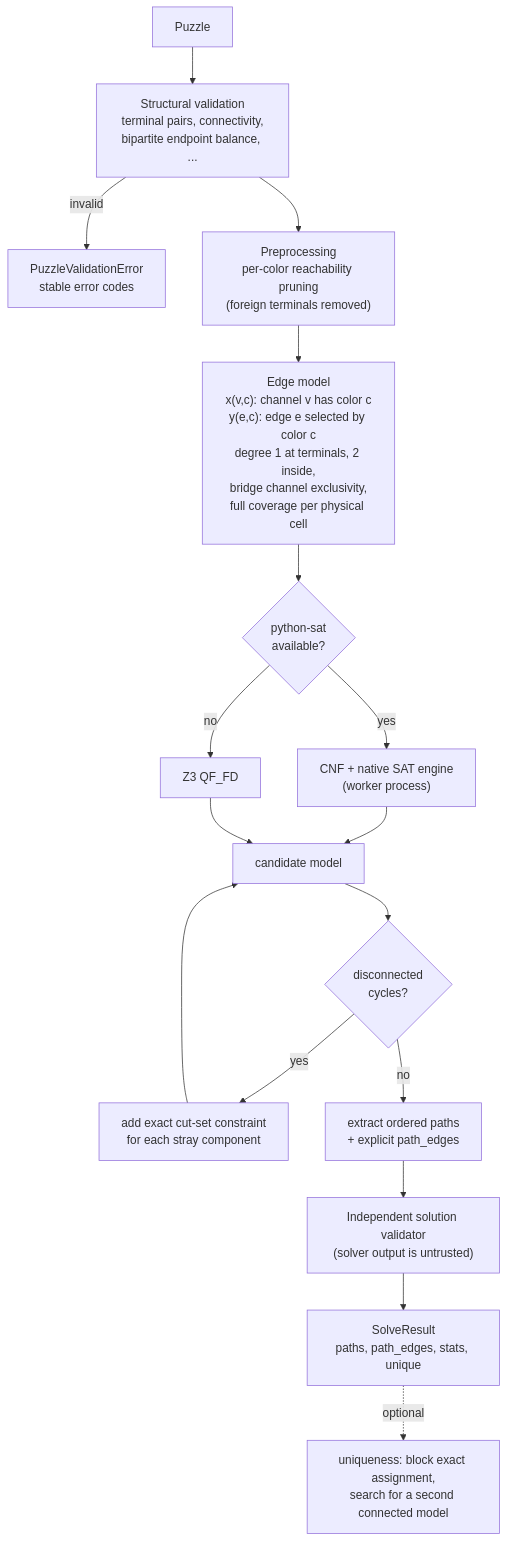
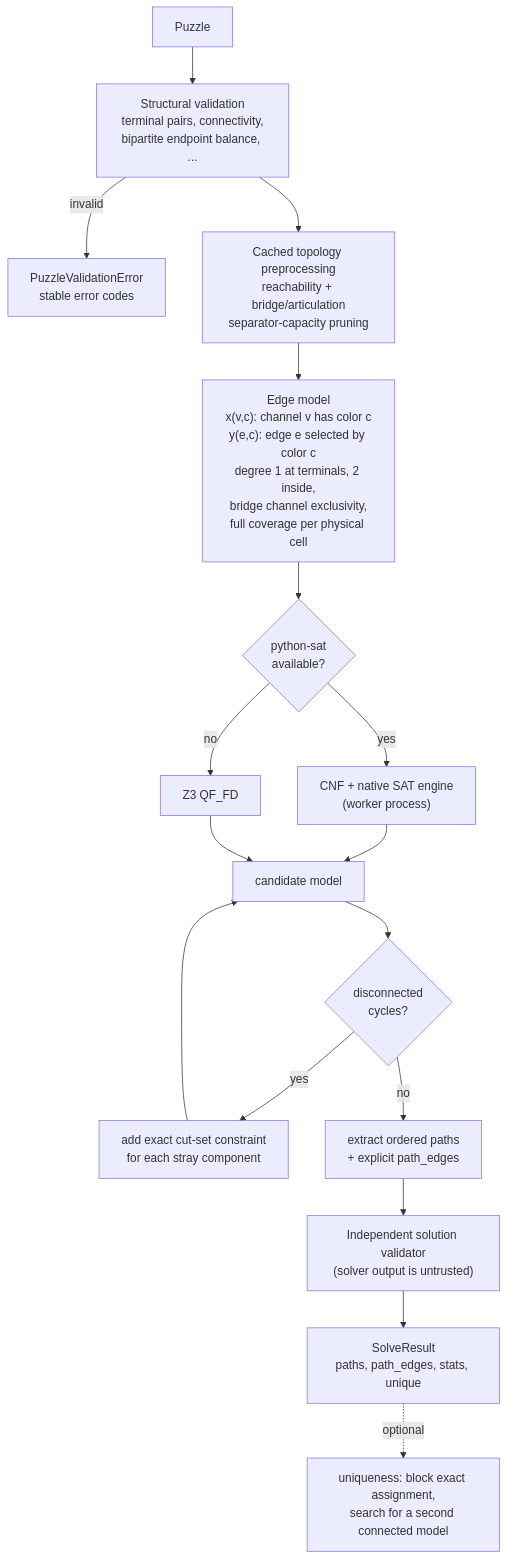
Before and after one commit to ksavill/universal-flow-game-solver: the fourth of 8 diagrams in docs/ARCHITECTURE.md, drawn with Mermaid. The commit also changed other lines of this file and 45 other files, not shown here.

First line of the commit message:
feat: complete production readiness and solver roadmap

````diff
--- a/docs/ARCHITECTURE.md
+++ b/docs/ARCHITECTURE.md
@@ -121,18 +121,18 @@
 ```mermaid
 flowchart TB
     IN[Puzzle] --> SV["Structural validation<br/>terminal pairs, connectivity,<br/>bipartite endpoint balance, ..."]
     SV -->|invalid| ERR[PuzzleValidationError<br/>stable error codes]
-    SV --> PRE["Preprocessing<br/>per-color reachability pruning<br/>(foreign terminals removed)"]
+    SV --> PRE["Cached topology preprocessing<br/>reachability + bridge/articulation<br/>separator-capacity pruning"]
     PRE --> ENC["Edge model<br/>x(v,c): channel v has color c<br/>y(e,c): edge e selected by color c<br/>degree 1 at terminals, 2 inside,<br/>bridge channel exclusivity,<br/>full coverage per physical cell"]
     ENC --> ENGINE{python-sat<br/>available?}
     ENGINE -->|yes| SAT["CNF + native SAT engine<br/>(worker process)"]
     ENGINE -->|no| Z3["Z3 QF_FD"]
     SAT --> CHECK
     Z3 --> CHECK
     CHECK["candidate model"] --> CYC{disconnected<br/>cycles?}
     CYC -->|yes| CUT["add exact cut-set constraint<br/>for each stray component"] --> CHECK
     CYC -->|no| EXT["extract ordered paths<br/>+ explicit path_edges"]
     EXT --> IV["Independent solution validator<br/>(solver output is untrusted)"]
     IV --> OUT["SolveResult<br/>paths, path_edges, stats, unique"]
     OUT -.optional.-> UNIQ["uniqueness: block exact assignment,<br/>search for a second connected model"]
 ```
````
